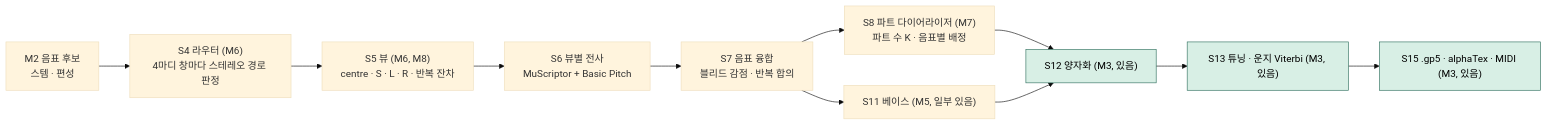
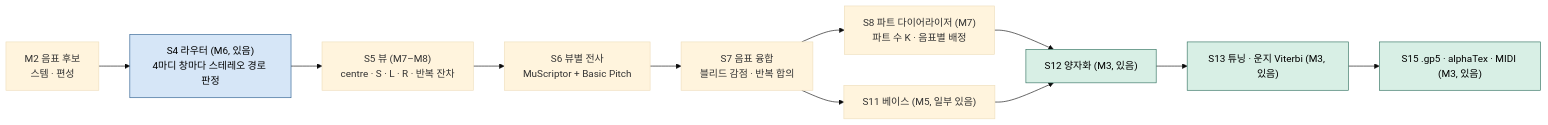
One commit to bhj2837/bandscribe changed the second of 2 diagrams in README.md. Above: the diagram before and after it, drawn with Mermaid (base theme). The commit also changed other lines of this file and 7 other files, not shown here.

````diff
--- a/README.md
+++ b/README.md
@@ -173,15 +188,17 @@
 ```mermaid
 flowchart LR
-    cand["M2 음표 후보<br/>스템 · 편성"] --> router["S4 라우터 (M6)<br/>4마디 창마다 스테레오 경로 판정"]
-    router --> views["S5 뷰 (M6, M8)<br/>centre · S · L · R · 반복 잔차"]
+    cand["M2 음표 후보<br/>스템 · 편성"] --> router["S4 라우터 (M6, 있음)<br/>4마디 창마다 스테레오 경로 판정"]
+    router --> views["S5 뷰 (M7–M8)<br/>centre · S · L · R · 반복 잔차"]
     views --> tx["S6 뷰별 전사<br/>MuScriptor + Basic Pitch"]
     tx --> fuse["S7 음표 융합<br/>블리드 감점 · 반복 합의"]
     fuse --> diar["S8 파트 다이어라이저 (M7)<br/>파트 수 K · 음표별 배정"]
     fuse --> bass["S11 베이스 (M5, 일부 있음)"]
     diar --> quant["S12 양자화 (M3, 있음)"]
     bass --> quant
     quant --> fret["S13 튜닝 · 운지 Viterbi (M3, 있음)"]
     fret --> export["S15 .gp5 · alphaTex · MIDI (M3, 있음)"]
     classDef m3 fill:#d8efe5,stroke:#2f6f5e,color:#000
     class quant,fret,export m3
+    classDef m6 fill:#d6e6f7,stroke:#2b5d8f,color:#000
+    class router m6
 ```
````
